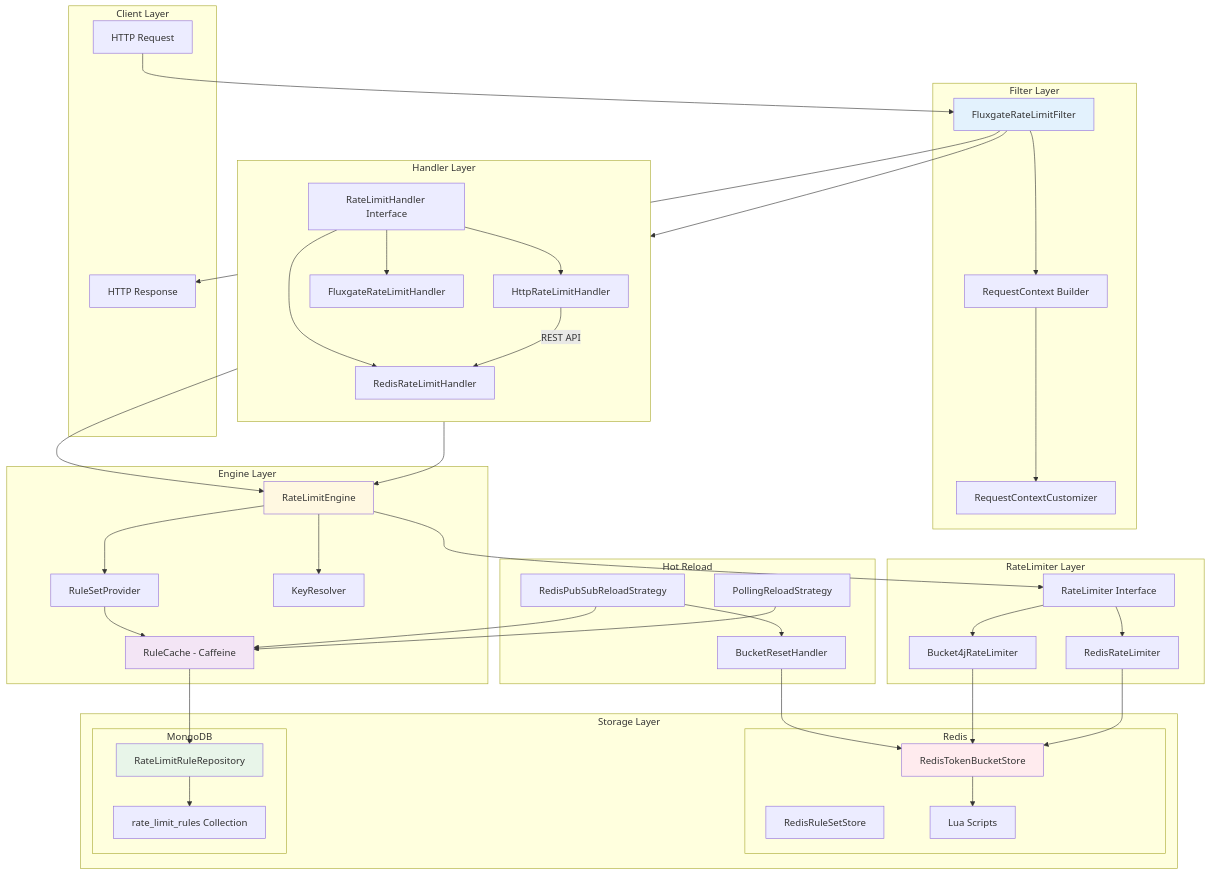
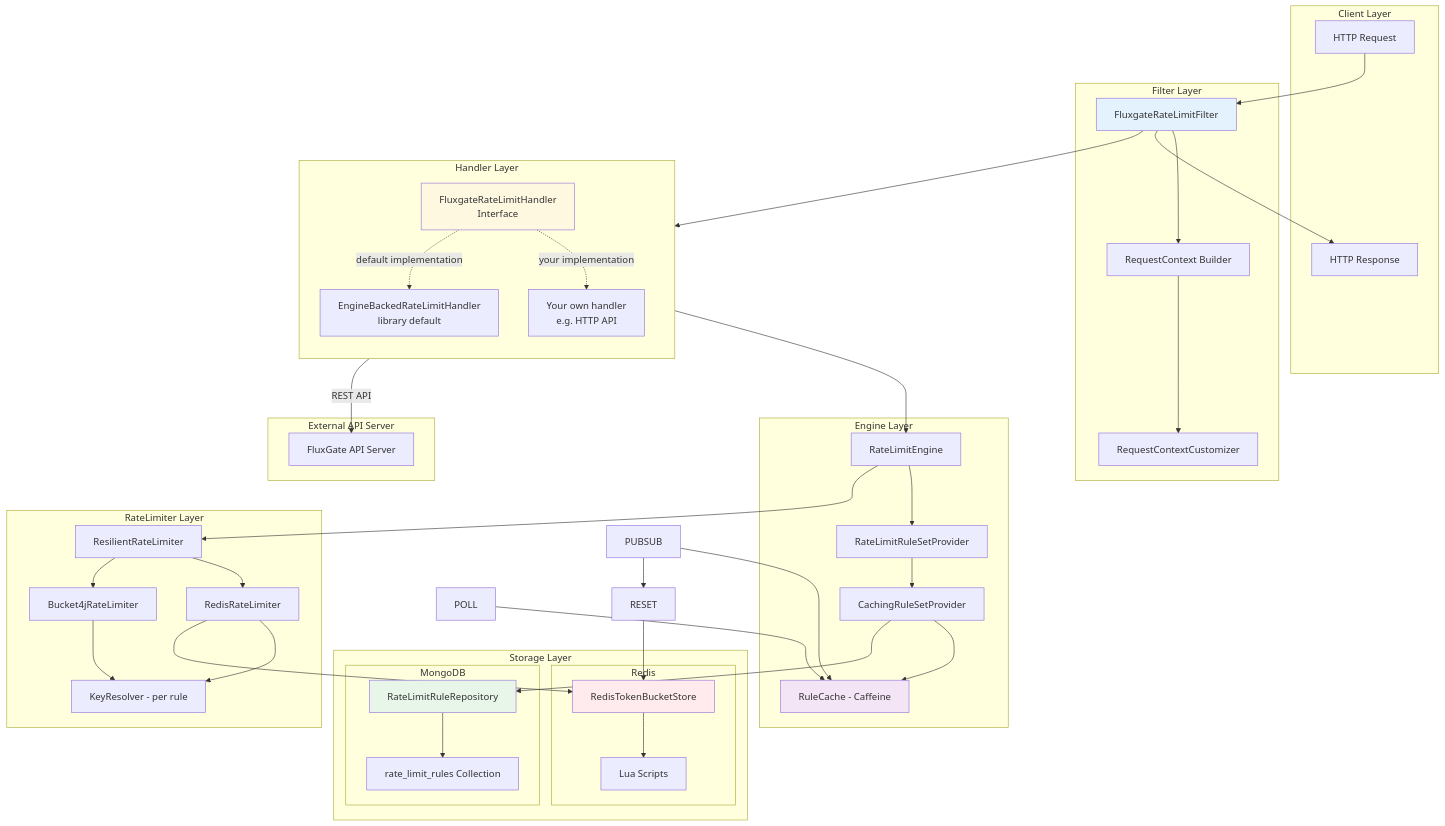
The second of 11 diagrams in docs/en/architecture/README.md (OpenFluxGate/fluxgate), drawn with Mermaid before and after one commit. The commit also changed other lines of this file and 33 other files, not shown here.

Commit message:
docs: 0.4 README, CHANGELOG, migration guide and architecture docs (EN/KO)

````diff
--- a/docs/en/architecture/README.md
+++ b/docs/en/architecture/README.md
@@ -73,81 +73,80 @@
 ```mermaid
 flowchart TB
     subgraph Client["Client Layer"]
         REQ[HTTP Request]
         RES[HTTP Response]
     end
 
     subgraph Filter["Filter Layer"]
         FLT[FluxgateRateLimitFilter]
         REQ_CTX[RequestContext Builder]
         CUST[RequestContextCustomizer]
     end
 
     subgraph Handler["Handler Layer"]
         direction TB
-        HI[RateLimitHandler Interface]
-        RH[RedisRateLimitHandler]
-        HH[HttpRateLimitHandler]
-        FH[FluxgateRateLimitHandler]
+        HI[FluxgateRateLimitHandler<br/>Interface]
+        EBH[EngineBackedRateLimitHandler<br/>library default]
+        HH[Your own handler<br/>e.g. HTTP API]
     end
 
     subgraph Engine["Engine Layer"]
         ENG[RateLimitEngine]
-        PROV[RuleSetProvider]
+        PROV[RateLimitRuleSetProvider]
+        CPROV[CachingRuleSetProvider]
         CACHE[RuleCache - Caffeine]
-        KEY[KeyResolver]
     end
 
     subgraph RateLimiter["RateLimiter Layer"]
-        RL[RateLimiter Interface]
+        RES_RL[ResilientRateLimiter]
+        RRL[RedisRateLimiter]
         B4J[Bucket4jRateLimiter]
-        RRL[RedisRateLimiter]
+        KEY[KeyResolver - per rule]
     end
 
     subgraph Storage["Storage Layer"]
         subgraph Redis["Redis"]
             TBS[RedisTokenBucketStore]
-            RSS[RedisRuleSetStore]
             LUA[Lua Scripts]
         end
         subgraph MongoDB["MongoDB"]
             REPO[RateLimitRuleRepository]
             COLL[rate_limit_rules Collection]
         end
     end
 
-    subgraph Reload["Hot Reload"]
-        POLL[PollingReloadStrategy]
-        PUBSUB[RedisPubSubReloadStrategy]
-        RESET[BucketResetHandler]
+    subgraph External["External API Server"]
+        API[FluxGate API Server]
     end
 
     REQ --> FLT
     FLT --> REQ_CTX
     REQ_CTX --> CUST
     FLT --> HI
-    HI --> RH & HH & FH
-    RH & FH --> ENG
-    HH -->|REST API| RH
+    HI -.->|default implementation| EBH
+    HI -.->|your implementation| HH
+    EBH --> ENG
+    HH -->|REST API| API
     ENG --> PROV
-    PROV --> CACHE
-    CACHE --> REPO
-    ENG --> KEY
-    ENG --> RL
-    RL --> B4J & RRL
+    PROV --> CPROV
+    CPROV --> CACHE
+    CPROV --> REPO
+    ENG --> RES_RL
+    RES_RL --> RRL & B4J
+    RRL --> KEY
+    B4J --> KEY
     RRL --> TBS
     TBS --> LUA
-    B4J --> TBS
     REPO --> COLL
     POLL --> CACHE
     PUBSUB --> CACHE
     PUBSUB --> RESET
     RESET --> TBS
     FLT --> RES
 
     style FLT fill:#e3f2fd
-    style ENG fill:#fff8e1
+    style HI fill:#fff8e1
     style TBS fill:#ffebee
     style REPO fill:#e8f5e9
     style CACHE fill:#f3e5f5
 ```
````
